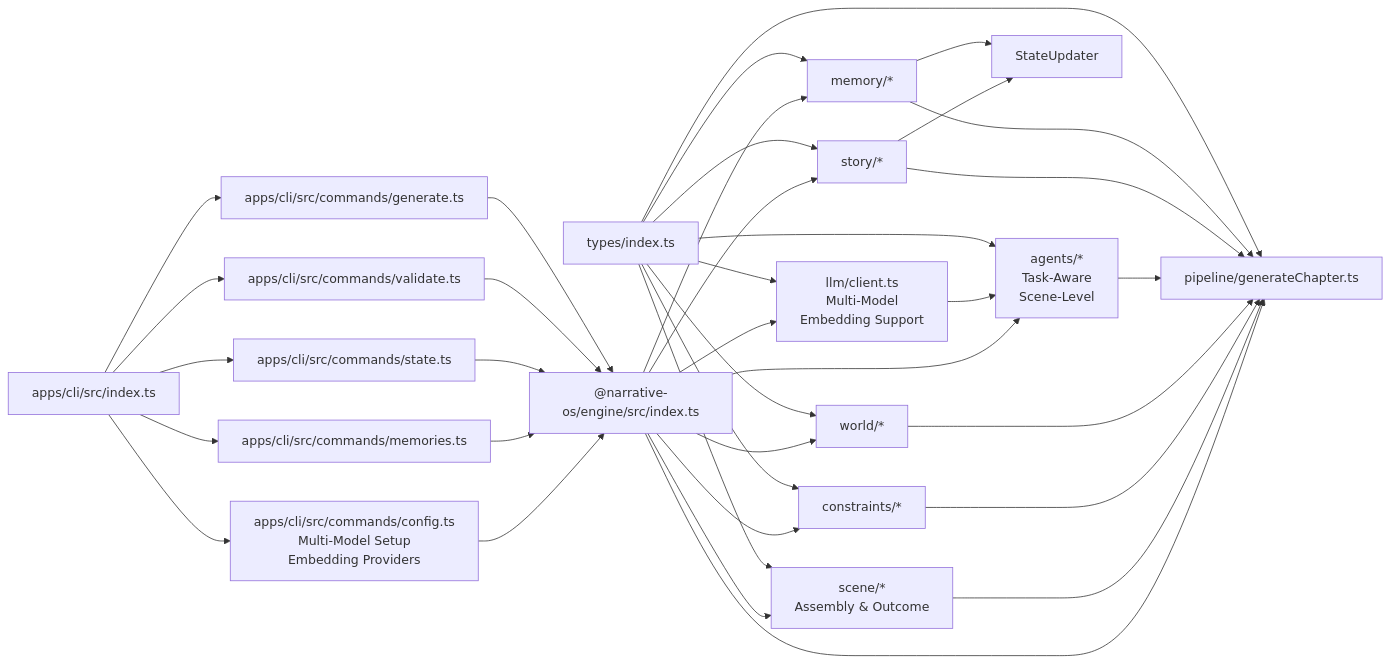
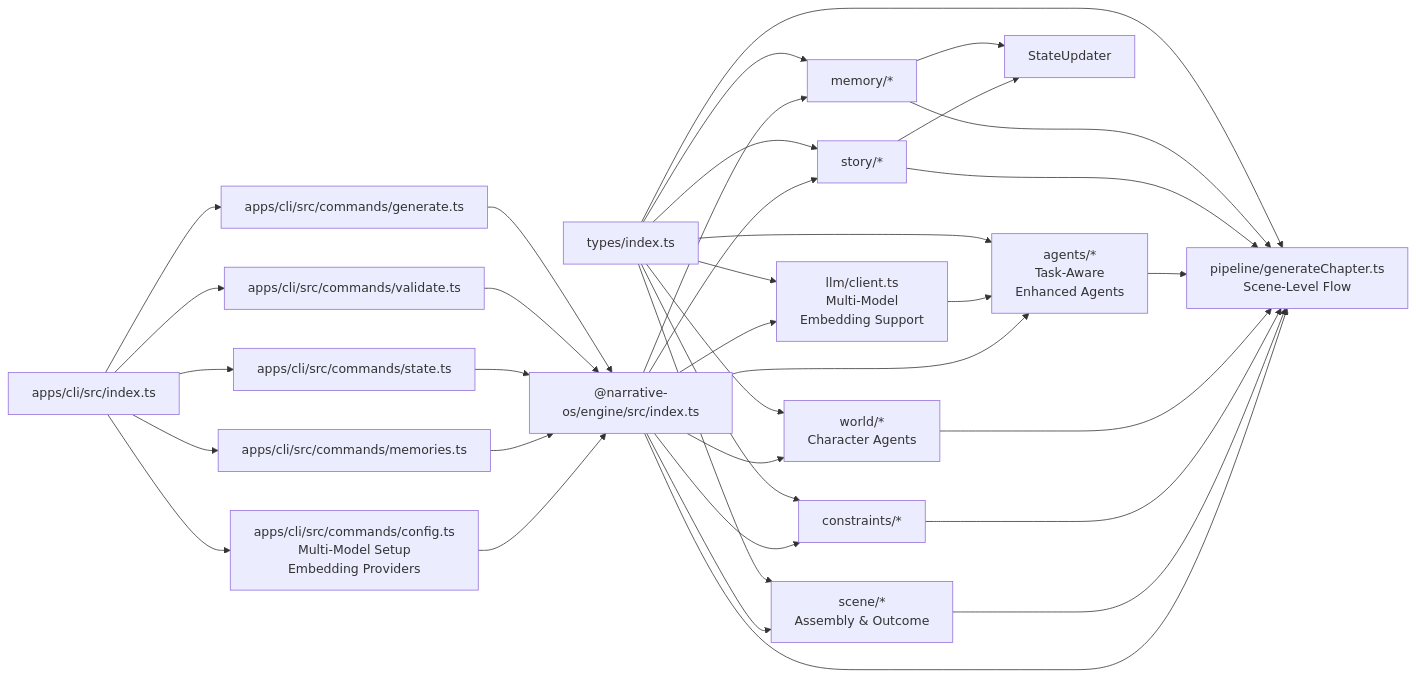
Before and after one commit to liwonder/NARRITIVE_OS: diagram 11 of 11 in .qoder/repowiki/en/content/Engine Architecture/Engine Architecture.md, drawn with Mermaid. The commit also changed other lines of this file and 12 other files, not shown here.

````diff
--- a/.qoder/repowiki/en/content/Engine Architecture/Engine Architecture.md
+++ b/.qoder/repowiki/en/content/Engine Architecture/Engine Architecture.md
@@ -1117,38 +838,38 @@
 ```mermaid
 graph LR
 Types["types/index.ts"] --> LLM["llm/client.ts<br/>Multi-Model<br/>Embedding Support"]
 Types --> Memory["memory/*"]
-Types --> Pipeline["pipeline/generateChapter.ts"]
+Types --> Pipeline["pipeline/generateChapter.ts<br/>Scene-Level Flow"]
 Types --> Story["story/*"]
-Types --> Agents["agents/*<br/>Task-Aware<br/>Scene-Level"]
-Types --> World["world/*"]
+Types --> Agents["agents/*<br/>Task-Aware<br/>Enhanced Agents"]
+Types --> World["world/*<br/>Character Agents"]
 Types --> Constraints["constraints/*"]
 Types --> Scene["scene/*<br/>Assembly & Outcome"]
 LLM --> Agents
 Memory --> Pipeline
 Memory --> StateUpdater
 Story --> Pipeline
 Story --> StateUpdater
 Agents --> Pipeline
 World --> Pipeline
 Constraints --> Pipeline
 Scene --> Pipeline
 CLI_Index["apps/cli/src/index.ts"] --> CLI_Gen["apps/cli/src/commands/generate.ts"]
 CLI_Index --> CLI_Validate["apps/cli/src/commands/validate.ts"]
 CLI_Index --> CLI_State["apps/cli/src/commands/state.ts"]
 CLI_Index --> CLI_Memories["apps/cli/src/commands/memories.ts"]
 CLI_Index --> CLI_Config["apps/cli/src/commands/config.ts<br/>Multi-Model Setup<br/>Embedding Providers"]
 CLI_Gen --> Engine_Index["@narrative-os/engine/src/index.ts"]
 CLI_Validate --> Engine_Index
 CLI_State --> Engine_Index
 CLI_Memories --> Engine_Index
 CLI_Config --> Engine_Index
 Engine_Index --> Pipeline
 Engine_Index --> Agents
 Engine_Index --> Memory
 Engine_Index --> Story
 Engine_Index --> LLM
 Engine_Index --> World
 Engine_Index --> Constraints
 Engine_Index --> Scene
 ```
````
